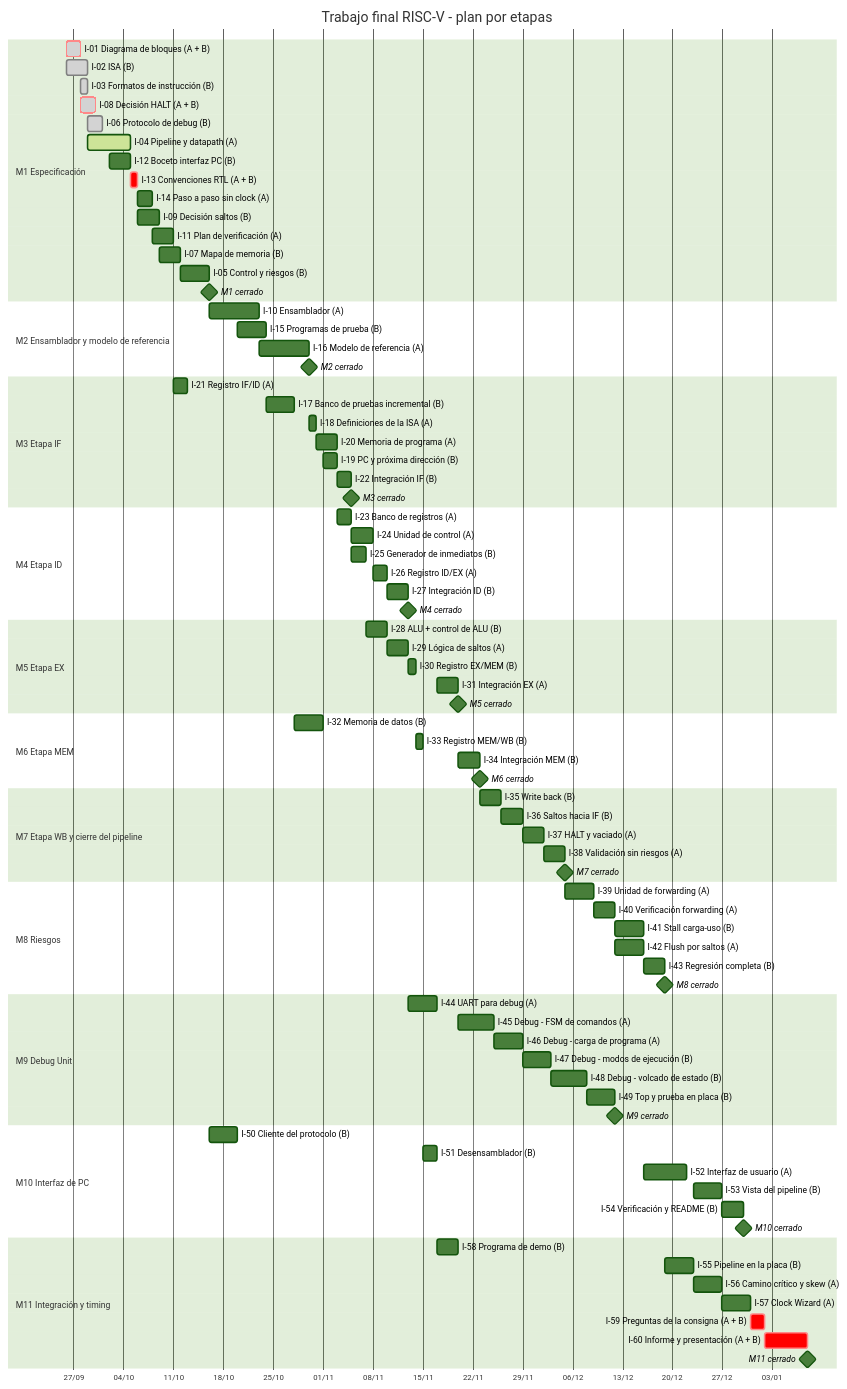
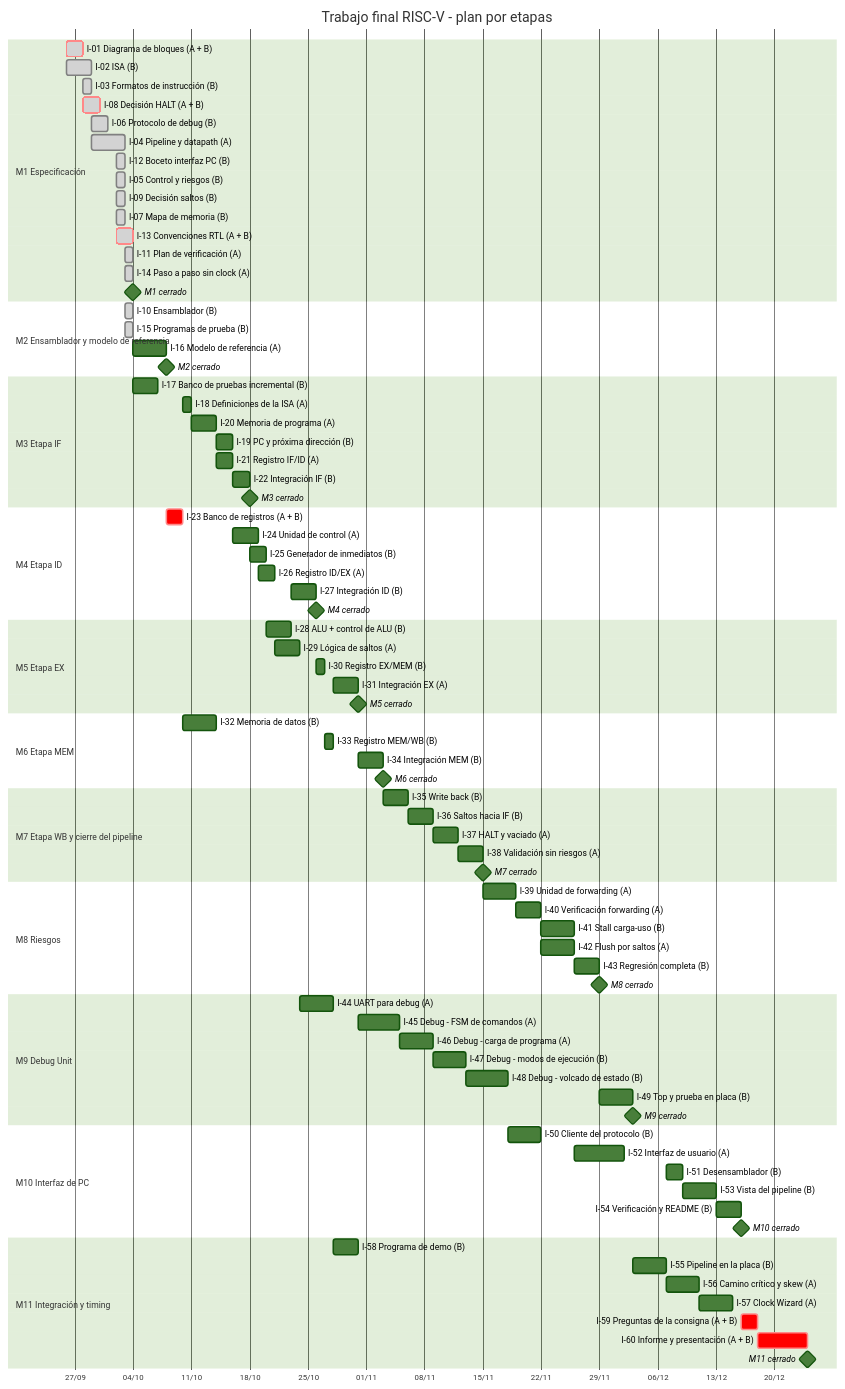
Before and after one commit to moreyrajulian/arquitectura_de_computadoras: the diagram in docs/planificacion.md, drawn with Mermaid (forest theme). The commit also changed other lines of this file and 1 other file, not shown here.

Commit message:
docs(planificacion): reprogramación al 03/10 con el avance de M1 y M2

````diff
--- a/docs/planificacion.md
+++ b/docs/planificacion.md
@@ -124,80 +145,80 @@
     I-03 Formatos de instrucción (B) :done, 2026-09-28, 1d
     I-08 Decisión HALT (A + B) :crit, done, 2026-09-28, 2d
     I-06 Protocolo de debug (B) :done, 2026-09-29, 2d
-    I-04 Pipeline y datapath (A) :active, 2026-09-29, 6d
-    I-12 Boceto interfaz PC (B) :2026-10-02, 3d
-    I-13 Convenciones RTL (A + B) :crit, 2026-10-05, 1d
-    I-14 Paso a paso sin clock (A) :2026-10-06, 2d
-    I-09 Decisión saltos (B) :2026-10-06, 3d
-    I-11 Plan de verificación (A) :2026-10-08, 3d
-    I-07 Mapa de memoria (B) :2026-10-09, 3d
-    I-05 Control y riesgos (B) :2026-10-12, 4d
-    M1 cerrado :milestone, 2026-10-16, 0d
+    I-04 Pipeline y datapath (A) :done, 2026-09-29, 4d
+    I-12 Boceto interfaz PC (B) :done, 2026-10-02, 1d
+    I-05 Control y riesgos (B) :done, 2026-10-02, 1d
+    I-09 Decisión saltos (B) :done, 2026-10-02, 1d
+    I-07 Mapa de memoria (B) :done, 2026-10-02, 1d
+    I-13 Convenciones RTL (A + B) :crit, done, 2026-10-02, 2d
+    I-11 Plan de verificación (A) :done, 2026-10-03, 1d
+    I-14 Paso a paso sin clock (A) :done, 2026-10-03, 1d
+    M1 cerrado :milestone, 2026-10-04, 0d
     section M2 Ensamblador y modelo de referencia
-    I-10 Ensamblador (A) :2026-10-16, 7d
-    I-15 Programas de prueba (B) :2026-10-20, 4d
-    I-16 Modelo de referencia (A) :2026-10-23, 7d
-    M2 cerrado :milestone, 2026-10-30, 0d
+    I-10 Ensamblador (B) :done, 2026-10-03, 1d
+    I-15 Programas de prueba (B) :done, 2026-10-03, 1d
+    I-16 Modelo de referencia (A) :2026-10-04, 4d
+    M2 cerrado :milestone, 2026-10-08, 0d
     section M3 Etapa IF
-    I-21 Registro IF/ID (A) :2026-10-11, 2d
-    I-17 Banco de pruebas incremental (B) :2026-10-24, 4d
-    I-18 Definiciones de la ISA (A) :2026-10-30, 1d
-    I-20 Memoria de programa (A) :2026-10-31, 3d
-    I-19 PC y próxima dirección (B) :2026-11-01, 2d
-    I-22 Integración IF (B) :2026-11-03, 2d
-    M3 cerrado :milestone, 2026-11-05, 0d
+    I-17 Banco de pruebas incremental (B) :2026-10-04, 3d
+    I-18 Definiciones de la ISA (A) :2026-10-10, 1d
+    I-20 Memoria de programa (A) :2026-10-11, 3d
+    I-19 PC y próxima dirección (B) :2026-10-14, 2d
+    I-21 Registro IF/ID (A) :2026-10-14, 2d
+    I-22 Integración IF (B) :2026-10-16, 2d
+    M3 cerrado :milestone, 2026-10-18, 0d
     section M4 Etapa ID
-    I-23 Banco de registros (A) :2026-11-03, 2d
-    I-24 Unidad de control (A) :2026-11-05, 3d
-    I-25 Generador de inmediatos (B) :2026-11-05, 2d
-    I-26 Registro ID/EX (A) :2026-11-08, 2d
-    I-27 Integración ID (B) :2026-11-10, 3d
-    M4 cerrado :milestone, 2026-11-13, 0d
+    I-23 Banco de registros (A + B) :crit, 2026-10-08, 2d
+    I-24 Unidad de control (A) :2026-10-16, 3d
+    I-25 Generador de inmediatos (B) :2026-10-18, 2d
+    I-26 Registro ID/EX (A) :2026-10-19, 2d
+    I-27 Integración ID (B) :2026-10-23, 3d
+    M4 cerrado :milestone, 2026-10-26, 0d
     section M5 Etapa EX
-    I-28 ALU + control de ALU (B) :2026-11-07, 3d
-    I-29 Lógica de saltos (A) :2026-11-10, 3d
-    I-30 Registro EX/MEM (B) :2026-11-13, 1d
-    I-31 Integración EX (A) :2026-11-17, 3d
-    M5 cerrado :milestone, 2026-11-20, 0d
+    I-28 ALU + control de ALU (B) :2026-10-20, 3d
+    I-29 Lógica de saltos (A) :2026-10-21, 3d
+    I-30 Registro EX/MEM (B) :2026-10-26, 1d
+    I-31 Integración EX (A) :2026-10-28, 3d
+    M5 cerrado :milestone, 2026-10-31, 0d
     section M6 Etapa MEM
-    I-32 Memoria de datos (B) :2026-10-28, 4d
-    I-33 Registro MEM/WB (B) :2026-11-14, 1d
-    I-34 Integración MEM (B) :2026-11-20, 3d
-    M6 cerrado :milestone, 2026-11-23, 0d
+    I-32 Memoria de datos (B) :2026-10-10, 4d
+    I-33 Registro MEM/WB (B) :2026-10-27, 1d
+    I-34 Integración MEM (B) :2026-10-31, 3d
+    M6 cerrado :milestone, 2026-11-03, 0d
     section M7 Etapa WB y cierre del pipeline
-    I-35 Write back (B) :2026-11-23, 3d
-    I-36 Saltos hacia IF (B) :2026-11-26, 3d
-    I-37 HALT y vaciado (A) :2026-11-29, 3d
-    I-38 Validación sin riesgos (A) :2026-12-02, 3d
-    M7 cerrado :milestone, 2026-12-05, 0d
+    I-35 Write back (B) :2026-11-03, 3d
+    I-36 Saltos hacia IF (B) :2026-11-06, 3d
+    I-37 HALT y vaciado (A) :2026-11-09, 3d
+    I-38 Validación sin riesgos (A) :2026-11-12, 3d
+    M7 cerrado :milestone, 2026-11-15, 0d
     section M8 Riesgos
-    I-39 Unidad de forwarding (A) :2026-12-05, 4d
-    I-40 Verificación forwarding (A) :2026-12-09, 3d
-    I-41 Stall carga-uso (B) :2026-12-12, 4d
-    I-42 Flush por saltos (A) :2026-12-12, 4d
-    I-43 Regresión completa (B) :2026-12-16, 3d
-    M8 cerrado :milestone, 2026-12-19, 0d
+    I-39 Unidad de forwarding (A) :2026-11-15, 4d
+    I-40 Verificación forwarding (A) :2026-11-19, 3d
+    I-41 Stall carga-uso (B) :2026-11-22, 4d
+    I-42 Flush por saltos (A) :2026-11-22, 4d
+    I-43 Regresión completa (B) :2026-11-26, 3d
+    M8 cerrado :milestone, 2026-11-29, 0d
     section M9 Debug Unit
-    I-44 UART para debug (A) :2026-11-13, 4d
-    I-45 Debug - FSM de comandos (A) :2026-11-20, 5d
-    I-46 Debug - carga de programa (A) :2026-11-25, 4d
-    I-47 Debug - modos de ejecución (B) :2026-11-29, 4d
-    I-48 Debug - volcado de estado (B) :2026-12-03, 5d
-    I-49 Top y prueba en placa (B) :2026-12-08, 4d
-    M9 cerrado :milestone, 2026-12-12, 0d
+    I-44 UART para debug (A) :2026-10-24, 4d
+    I-45 Debug - FSM de comandos (A) :2026-10-31, 5d
+    I-46 Debug - carga de programa (A) :2026-11-05, 4d
+    I-47 Debug - modos de ejecución (B) :2026-11-09, 4d
+    I-48 Debug - volcado de estado (B) :2026-11-13, 5d
+    I-49 Top y prueba en placa (B) :2026-11-29, 4d
+    M9 cerrado :milestone, 2026-12-03, 0d
     section M10 Interfaz de PC
-    I-50 Cliente del protocolo (B) :2026-10-16, 4d
-    I-51 Desensamblador (B) :2026-11-15, 2d
-    I-52 Interfaz de usuario (A) :2026-12-16, 6d
-    I-53 Vista del pipeline (B) :2026-12-23, 4d
-    I-54 Verificación y README (B) :2026-12-27, 3d
-    M10 cerrado :milestone, 2026-12-30, 0d
+    I-50 Cliente del protocolo (B) :2026-11-18, 4d
+    I-52 Interfaz de usuario (A) :2026-11-26, 6d
+    I-51 Desensamblador (B) :2026-12-07, 2d
+    I-53 Vista del pipeline (B) :2026-12-09, 4d
+    I-54 Verificación y README (B) :2026-12-13, 3d
+    M10 cerrado :milestone, 2026-12-16, 0d
     section M11 Integración y timing
-    I-58 Programa de demo (B) :2026-11-17, 3d
-    I-55 Pipeline en la placa (B) :2026-12-19, 4d
-    I-56 Camino crítico y skew (A) :2026-12-23, 4d
-    I-57 Clock Wizard (A) :2026-12-27, 4d
-    I-59 Preguntas de la consigna (A + B) :crit, 2026-12-31, 2d
-    I-60 Informe y presentación (A + B) :crit, 2027-01-02, 6d
-    M11 cerrado :milestone, 2027-01-08, 0d
+    I-58 Programa de demo (B) :2026-10-28, 3d
+    I-55 Pipeline en la placa (B) :2026-12-03, 4d
+    I-56 Camino crítico y skew (A) :2026-12-07, 4d
+    I-57 Clock Wizard (A) :2026-12-11, 4d
+    I-59 Preguntas de la consigna (A + B) :crit, 2026-12-16, 2d
+    I-60 Informe y presentación (A + B) :crit, 2026-12-18, 6d
+    M11 cerrado :milestone, 2026-12-24, 0d
 ```
````
